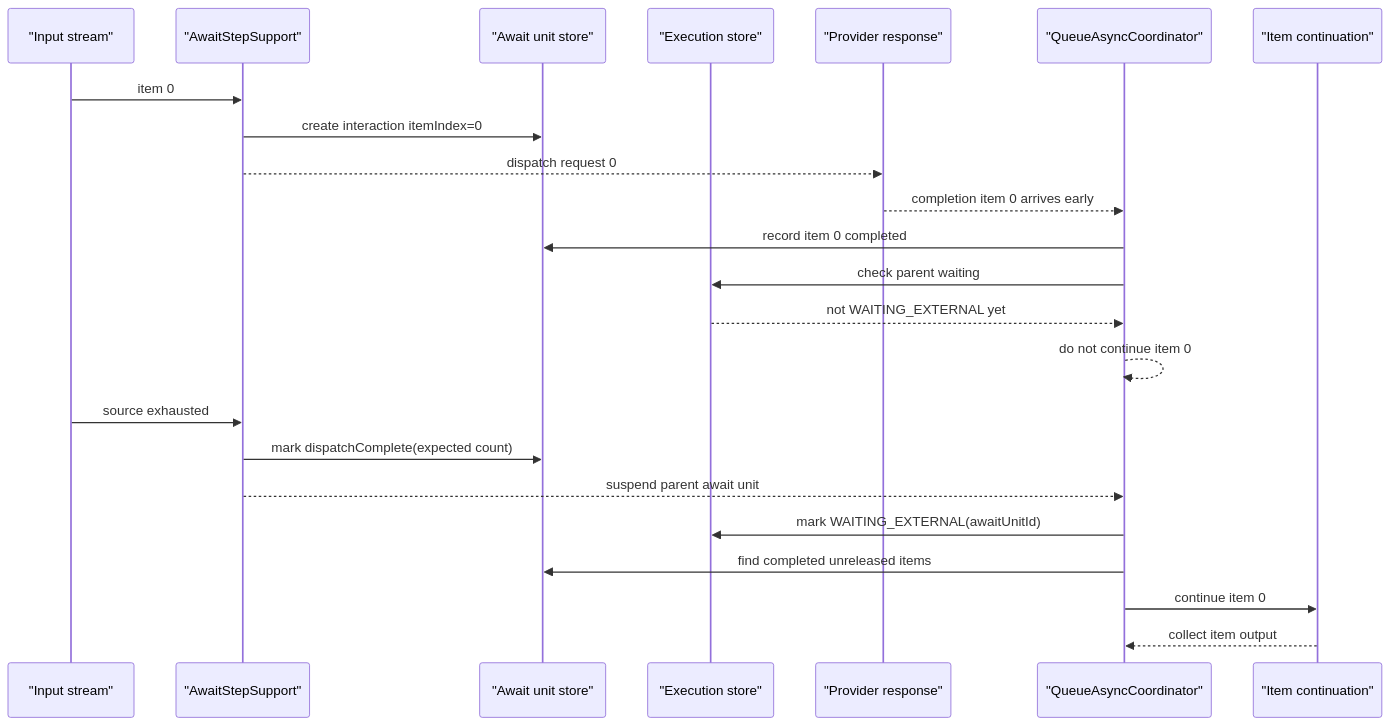
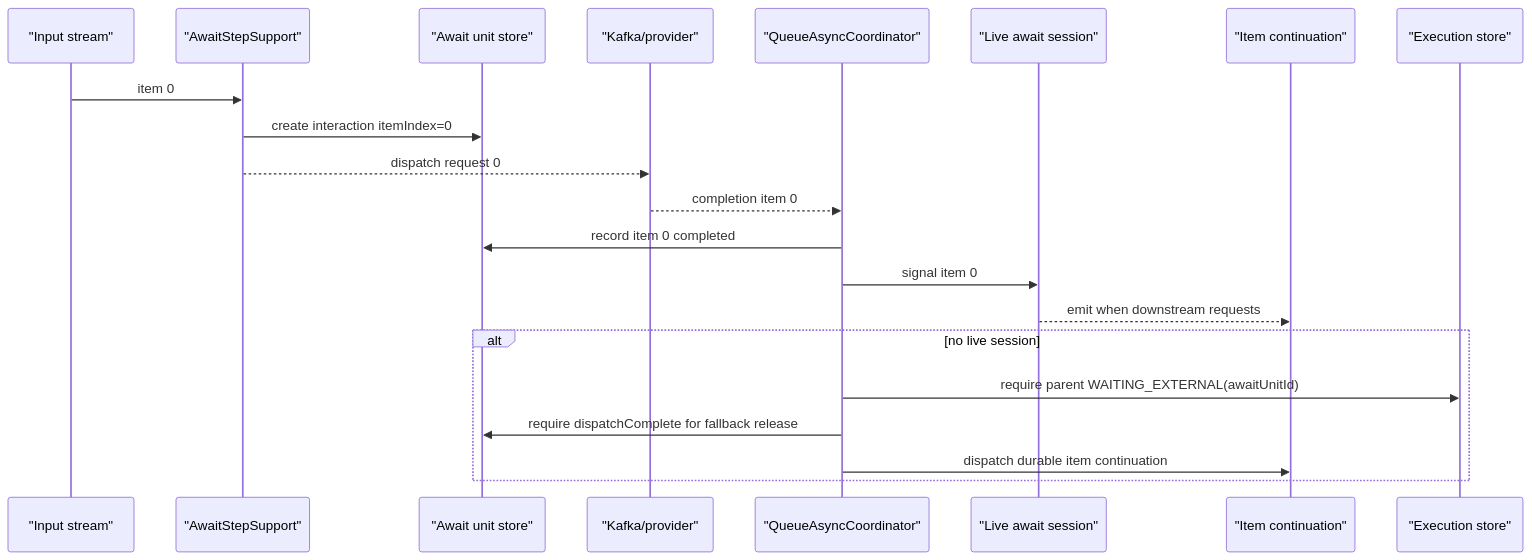
One commit to The-Pipeline-Framework/pipelineframework changed the diagram in docs/deploy/orchestrator-runtime/await.md. Above: the diagram before and after it, drawn with Mermaid. The commit also changed other lines of this file and 32 other files, not shown here.

Commit message:
Make CSV await completions flow live

````diff
--- a/docs/deploy/orchestrator-runtime/await.md
+++ b/docs/deploy/orchestrator-runtime/await.md
@@ -32,27 +41,25 @@
 ```mermaid
 sequenceDiagram
     participant Input as "Input stream"
     participant Await as "AwaitStepSupport"
     participant Unit as "Await unit store"
+    participant Kafka as "Kafka/provider"
+    participant Queue as "QueueAsyncCoordinator"
+    participant Live as "Live await session"
+    participant Status as "Item continuation"
     participant Exec as "Execution store"
-    participant Provider as "Provider response"
-    participant Queue as "QueueAsyncCoordinator"
-    participant Status as "Item continuation"
 
     Input->>Await: item 0
     Await->>Unit: create interaction itemIndex=0
-    Await-->>Provider: dispatch request 0
-    Provider-->>Queue: completion item 0 arrives early
+    Await-->>Kafka: dispatch request 0
+    Kafka-->>Queue: completion item 0
     Queue->>Unit: record item 0 completed
-    Queue->>Exec: check parent waiting
-    Exec-->>Queue: not WAITING_EXTERNAL yet
-    Queue-->>Queue: do not continue item 0
+    Queue->>Live: signal item 0
+    Live-->>Status: emit when downstream requests
 
-    Input->>Await: source exhausted
-    Await->>Unit: mark dispatchComplete(expected count)
-    Await-->>Queue: suspend parent await unit
-    Queue->>Exec: mark WAITING_EXTERNAL(awaitUnitId)
-    Queue->>Unit: find completed unreleased items
-    Queue->>Status: continue item 0
-    Status-->>Queue: collect item output
+    alt no live session
+      Queue->>Exec: require parent WAITING_EXTERNAL(awaitUnitId)
+      Queue->>Unit: require dispatchComplete for fallback release
+      Queue->>Status: dispatch durable item continuation
+    end
 ```
````
